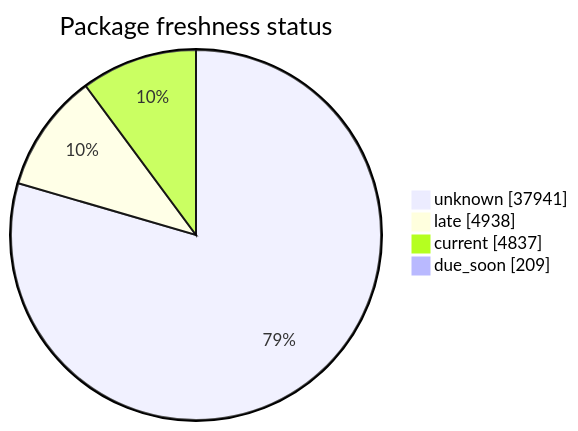
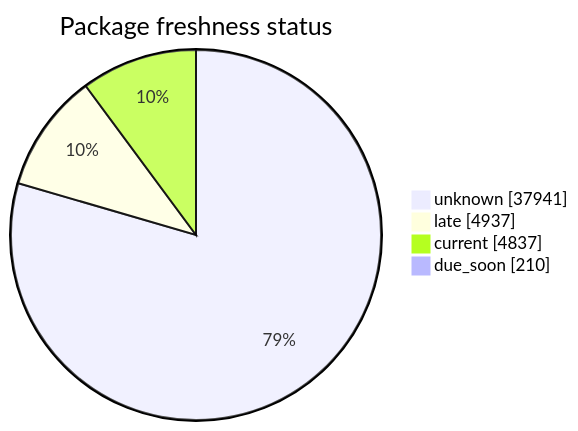
One commit to open-data/analytics-corporate-reporting changed the second of 5 diagrams in FreshCheck/README.md. Above: the diagram before and after it, drawn with Mermaid. The commit also changed other lines of this file and 3 other files, not shown here.

````diff
--- a/FreshCheck/README.md
+++ b/FreshCheck/README.md
@@ -68,7 +68,7 @@
 ```mermaid
 pie showData title Package freshness status
     "unknown": 37941
-    "late": 4938
+    "late": 4937
     "current": 4837
-    "due_soon": 209
+    "due_soon": 210
 ```
````
